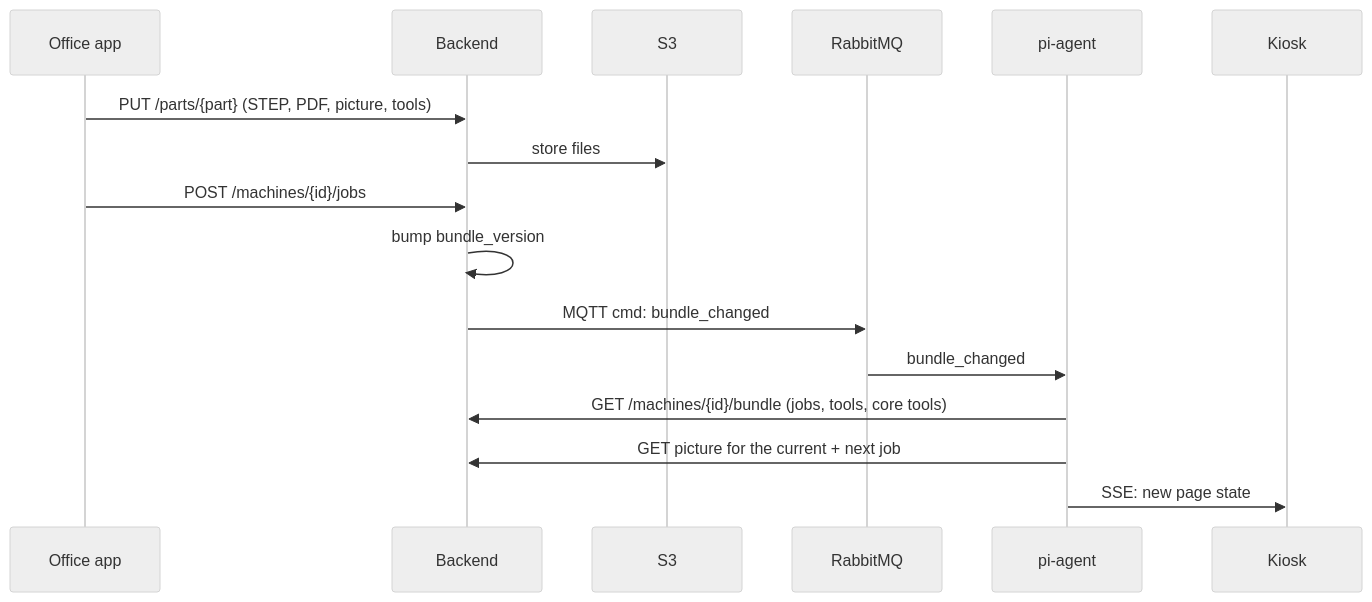
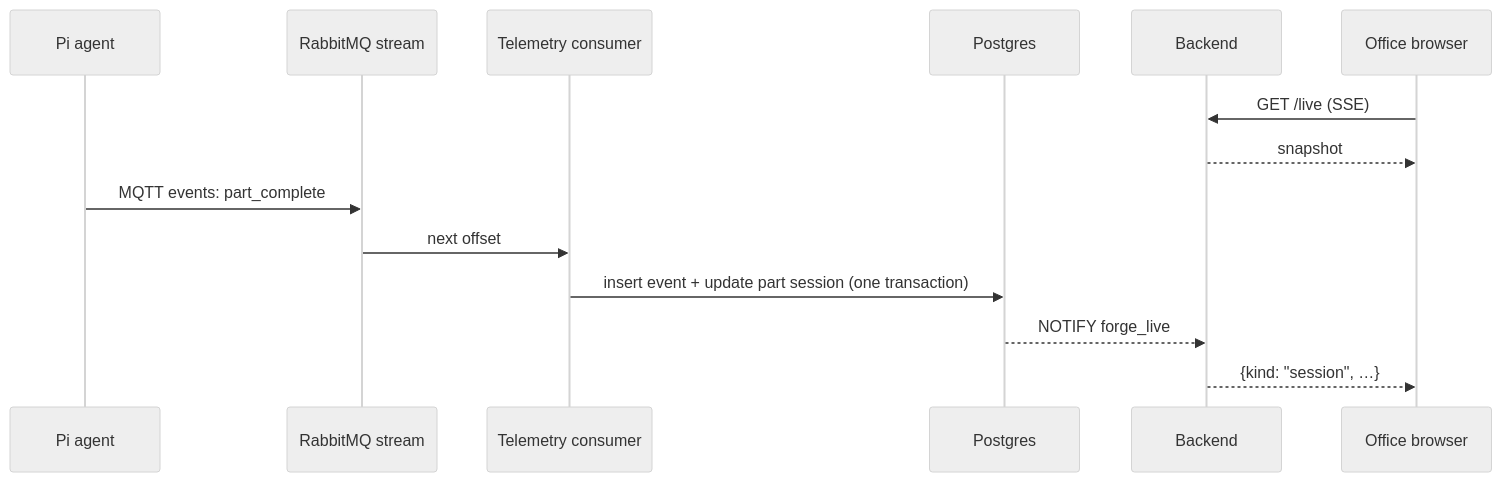
Before and after one commit to HarrisonOssias/cnc-automation: the second of 2 diagrams in README.md, drawn with Mermaid (neutral theme). The commit also changed other lines of this file and 8 other files, not shown here.

````diff
--- a/README.md
+++ b/README.md
@@ -135,18 +154,16 @@
 ```mermaid
 sequenceDiagram
-  participant W as Office app
+  participant A as Pi agent
+  participant R as RabbitMQ stream
+  participant T as Telemetry consumer
+  participant DB as Postgres
   participant B as Backend
-  participant S3 as S3
-  participant R as RabbitMQ
-  participant A as pi-agent
-  participant K as Kiosk
-  W->>B: PUT /parts/{part} (STEP, PDF, picture, tools)
-  B->>S3: store files
-  W->>B: POST /machines/{id}/jobs
-  B->>B: bump bundle_version
-  B->>R: MQTT cmd: bundle_changed
-  R->>A: bundle_changed
-  A->>B: GET /machines/{id}/bundle (jobs, tools, core tools)
-  A->>B: GET picture for the current + next job
-  A->>K: SSE: new page state
+  participant W as Office browser
+  W->>B: GET /live (SSE)
+  B-->>W: snapshot
+  A->>R: MQTT events: part_complete
+  R->>T: next offset
+  T->>DB: insert event + update part session (one transaction)
+  DB-->>B: NOTIFY forge_live
+  B-->>W: {kind: "session", …}
 ```
````
